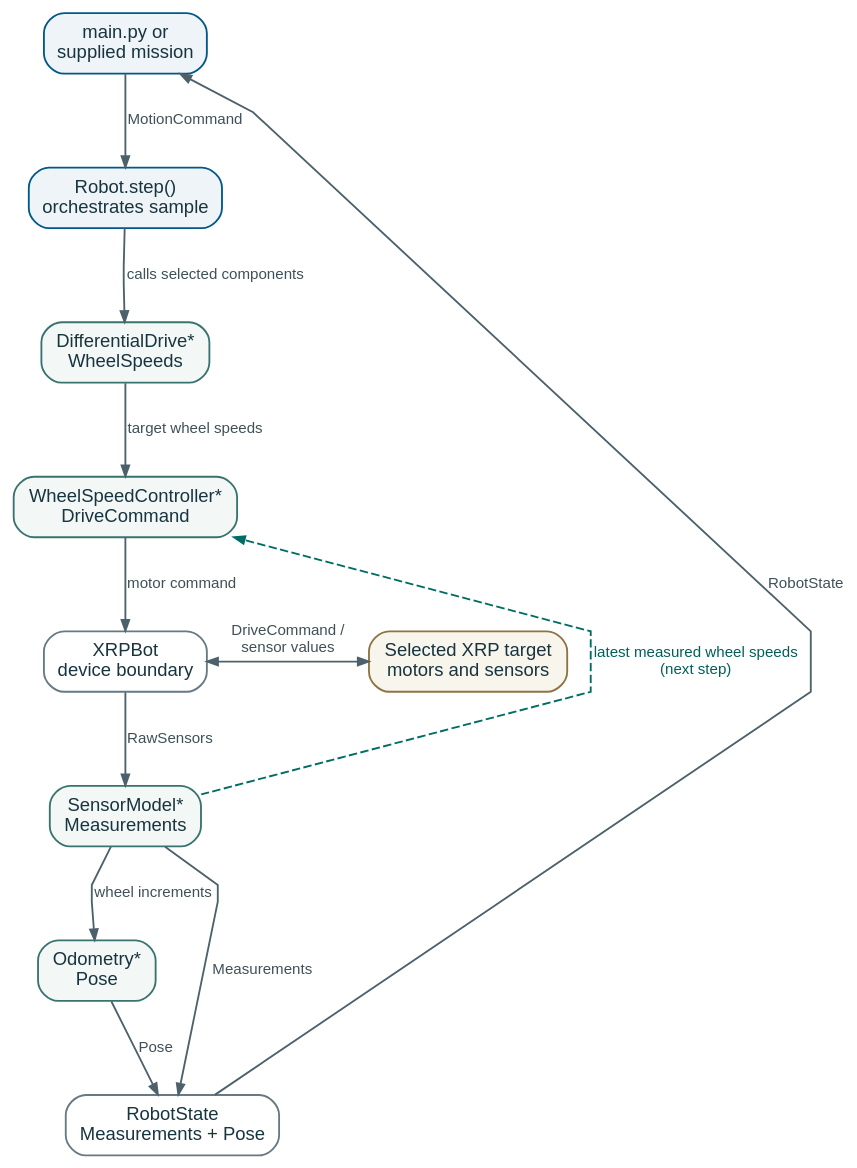
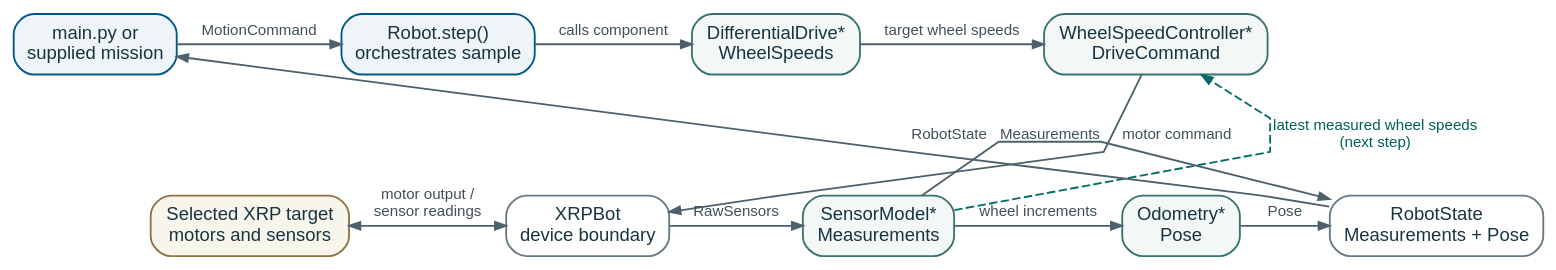
The diagram in docs/diagrams/control-cycle.dot (yonvisell/ucsbxrp), drawn with Graphviz before and after one commit. The commit also changed 20 other files, not shown here.

```diff
--- a/docs/diagrams/control-cycle.dot
+++ b/docs/diagrams/control-cycle.dot
@@ -1,61 +1,62 @@
 digraph ControlCycle {
   graph [
     bgcolor="transparent",
     fontname="Arial",
     nodesep=0.38,
     pad=0.08,
     rankdir=TB,
-    ranksep=0.62,
+    ranksep=0.72,
     splines=polyline
   ];
   node [
     color="#667984",
     fillcolor="#ffffff",
     fontcolor="#17343f",
     fontname="Arial",
     fontsize=11,
     margin="0.12,0.08",
     penwidth=1.1,
     shape=box,
     style="rounded,filled"
   ];
   edge [
     arrowsize=0.65,
     color="#4d616b",
     fontcolor="#3f5058",
     fontname="Arial",
     fontsize=9,
     penwidth=1.1
   ];
 
   main [label="main.py or\nsupplied mission", color="#00588a", fillcolor="#eef4f7"];
   robot [label="Robot.step()\norchestrates sample", color="#00588a", fillcolor="#eef4f7"];
   target [label="Selected XRP target\nmotors and sensors", color="#8d7440", fillcolor="#f8f5ed"];
 
   drive [label="DifferentialDrive*\nWheelSpeeds", color="#39736f", fillcolor="#f3f8f7"];
   controller [label="WheelSpeedController*\nDriveCommand", color="#39736f", fillcolor="#f3f8f7"];
   bot [label="XRPBot\ndevice boundary", color="#667984", fillcolor="#ffffff"];
   sensor [label="SensorModel*\nMeasurements", color="#39736f", fillcolor="#f3f8f7"];
   odometry [label="Odometry*\nPose", color="#39736f", fillcolor="#f3f8f7"];
   state [label="RobotState\nMeasurements + Pose", color="#667984", fillcolor="#ffffff"];
 
-  { rank=same; bot; target; }
+  { rank=same; main; robot; drive; controller; }
+  { rank=same; target; bot; sensor; odometry; state; }
 
   main -> robot [label="MotionCommand"];
-  robot -> drive [label="calls selected components"];
+  robot -> drive [label="calls component"];
   drive -> controller [label="target wheel speeds"];
   controller -> bot [label="motor command"];
-  bot -> target [label="DriveCommand /\nsensor values", dir=both];
+  target -> bot [label="motor output /\nsensor readings", dir=both];
   bot -> sensor [label="RawSensors"];
   sensor -> odometry [label="wheel increments"];
   sensor -> state [label="Measurements"];
   odometry -> state [label="Pose"];
   state -> main [label="RobotState", constraint=false];
   sensor -> controller [
     label="latest measured wheel speeds\n(next step)",
     color="#006c64",
     fontcolor="#005f58",
     style=dashed,
     constraint=false
   ];
 }
```
